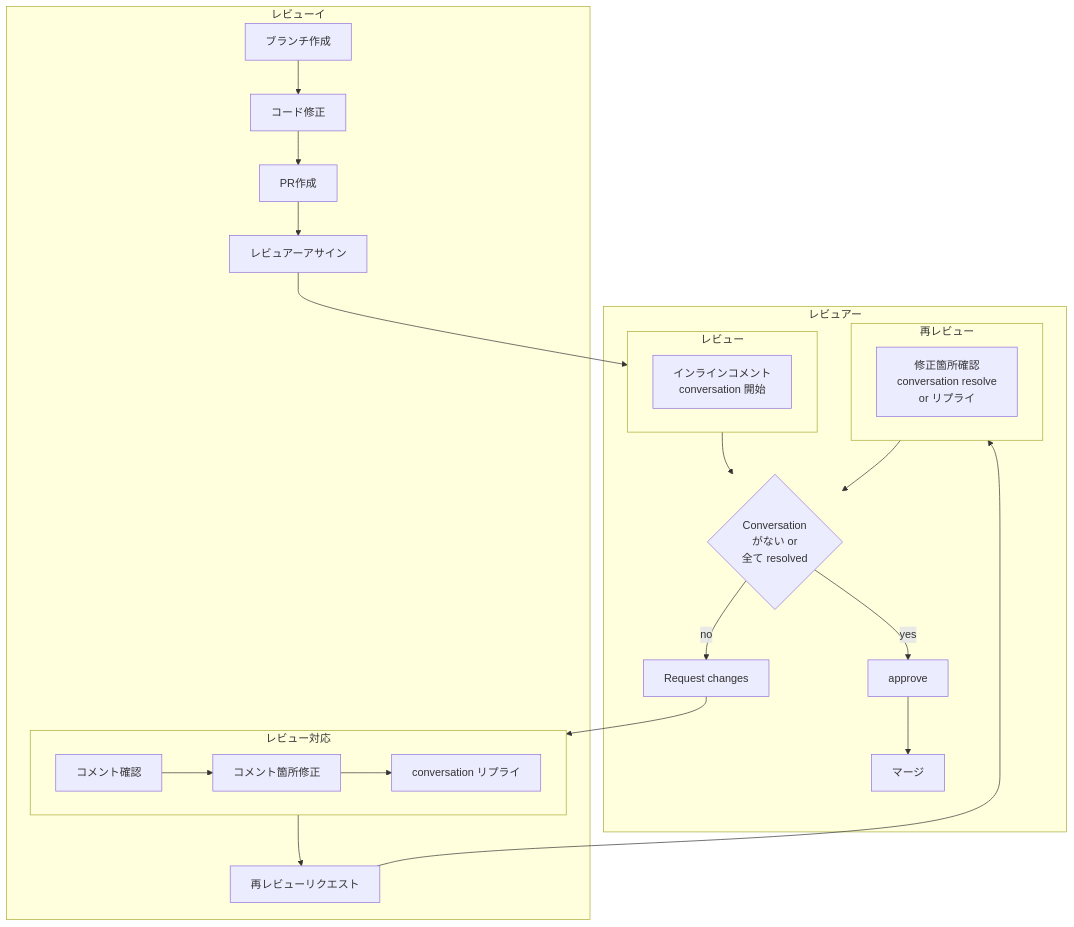
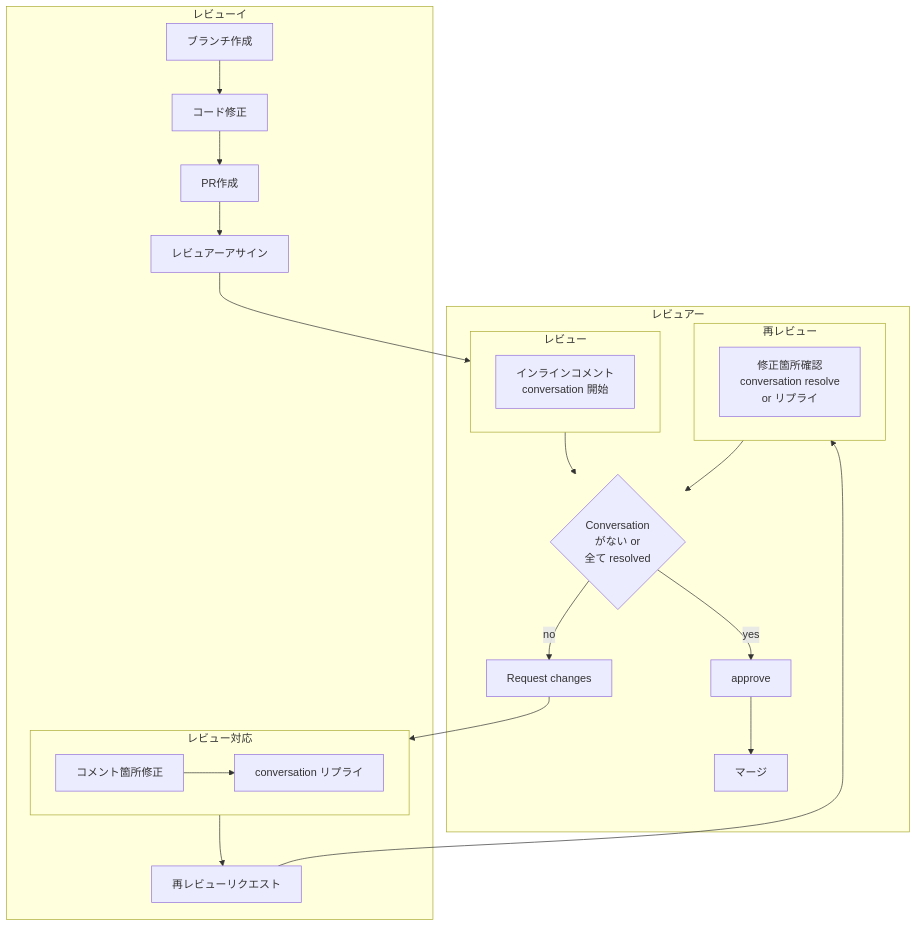
The first of 2 diagrams in src/posts/blogs/2022/0629_reviewing-pr-on-github.md (mamezou-tech/mamezou-tech-site), drawn with Mermaid before and after one commit. The commit also changed other lines of this file, not shown here.

Commit message:
update images

````diff
--- a/src/posts/blogs/2022/0629_reviewing-pr-on-github.md
+++ b/src/posts/blogs/2022/0629_reviewing-pr-on-github.md
@@ -10,23 +10,23 @@
 ```mermaid
 flowchart TB
 subgraph レビューイ
   ブランチ作成-->コード修正-->PR作成-->レビュアーアサイン
   subgraph レビュー対応
-    コメント確認-->コメント箇所修正-->rep[conversation リプライ]
+    コメント箇所修正-->rep[conversation リプライ]
   end
   レビュー対応-->再レビューリクエスト
 end
 subgraph レビュアー
   レビュー-->CH{Conversation<br>がない or<br>全て resolved}-->|yes|approve-->マージ
   CH-->|no|RC[Request changes]
   subgraph レビュー
     cv[インラインコメント<br>conversation 開始]
   end
   subgraph 再レビュー
     rcv[修正箇所確認<br>conversation resolve<br> or リプライ]
   end
 end
 RC-->レビュー対応
 レビュアーアサイン-->レビュー
 再レビューリクエスト-->再レビュー-->CH
 ```
````
